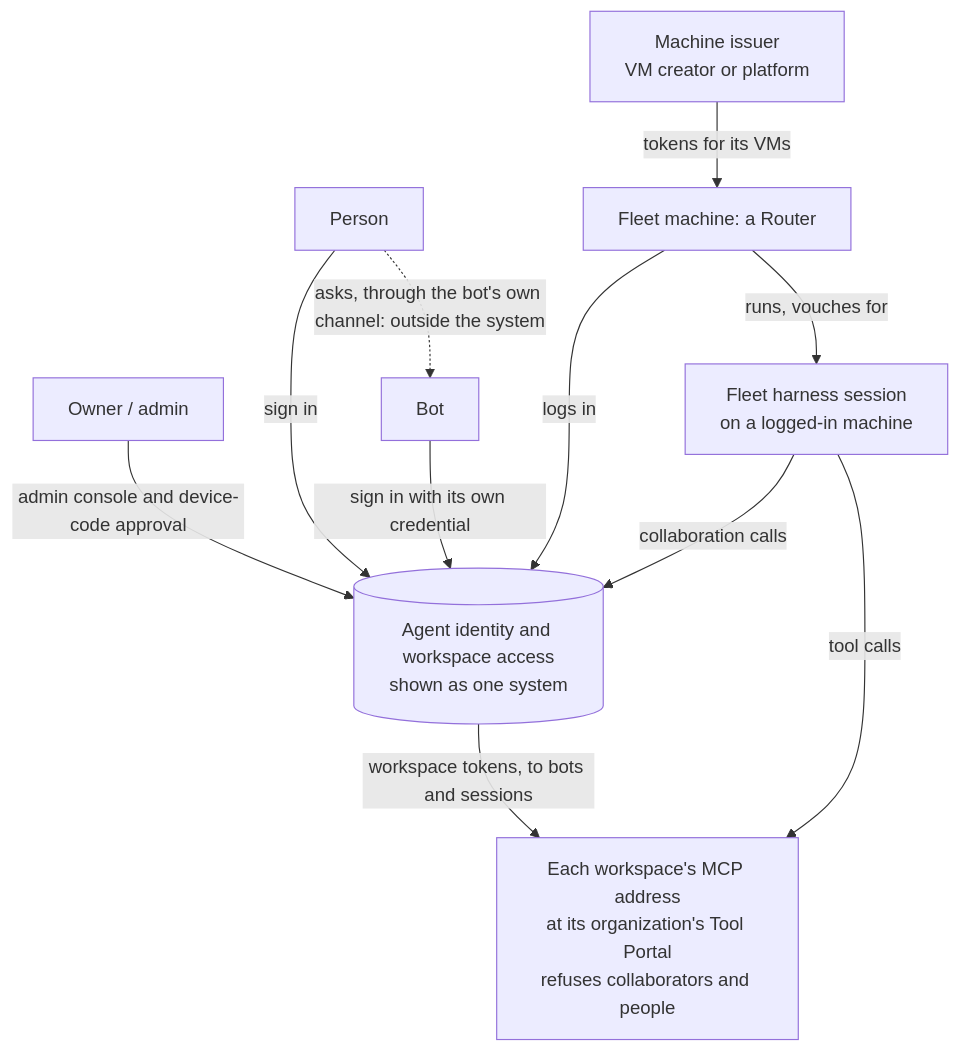
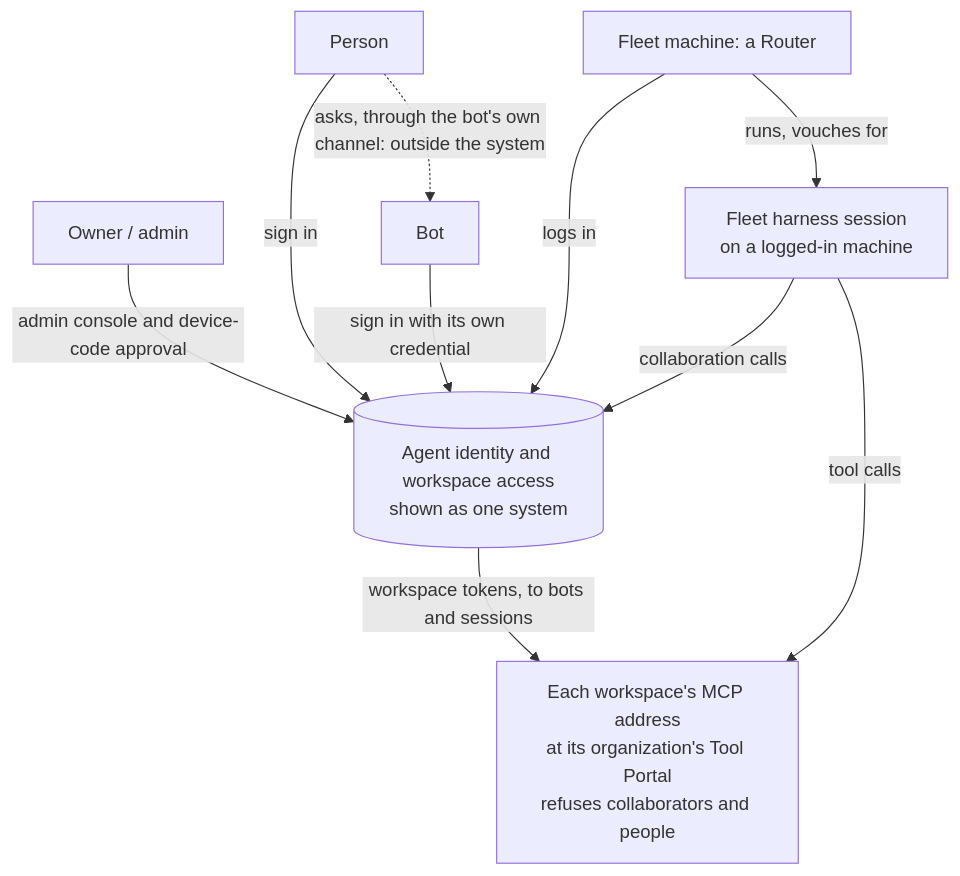
One commit to ShravanSunder/agent-vm changed the first of 4 diagrams in docs/specs/2026-10-24-agent-identity/specification.md. Above: the diagram before and after it, drawn with Mermaid. The commit also changed other lines of this file and 5 other files, not shown here.

````diff
--- a/docs/specs/2026-10-24-agent-identity/specification.md
+++ b/docs/specs/2026-10-24-agent-identity/specification.md
@@ -7,21 +7,19 @@
 ```mermaid
 flowchart TB
   O[Owner / admin]
   PP[Person]
   BOT[Bot]
-  ISS[Machine issuer<br/>VM creator or platform]
   RM[Fleet machine: a Router]
   FS[Fleet harness session<br/>on a logged-in machine]
   SYS[(Agent identity and workspace access<br/>shown as one system)]
   MCP[Each workspace's MCP address<br/>at its organization's Tool Portal<br/>refuses collaborators and people]
   O -->|admin console and device-code approval| SYS
   PP -->|sign in| SYS
   BOT -->|sign in with its own credential| SYS
-  ISS -->|tokens for its VMs| RM
   RM -->|logs in| SYS
   RM -->|runs, vouches for| FS
   FS -->|collaboration calls| SYS
   SYS -->|workspace tokens, to bots and sessions| MCP
   FS -->|tool calls| MCP
   PP -.->|asks, through the bot's own channel: outside the system| BOT
 ```
````
